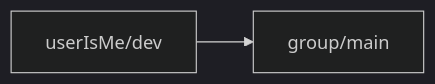
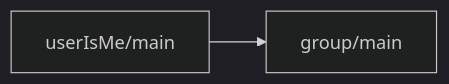
One commit to hr837/vue-template-v3 changed the second of 2 diagrams in docs/GIT.README.md. Above: the diagram before and after it, drawn with Mermaid (dark theme). The commit also changed other lines of this file and 2 other files, not shown here.

````diff
--- a/docs/GIT.README.md
+++ b/docs/GIT.README.md
@@ -76,5 +89,5 @@
     ```mermaid
     graph LR
 
-      userIsMe/dev --> group/main  
+      userIsMe/main --> group/main  
     ```
````
